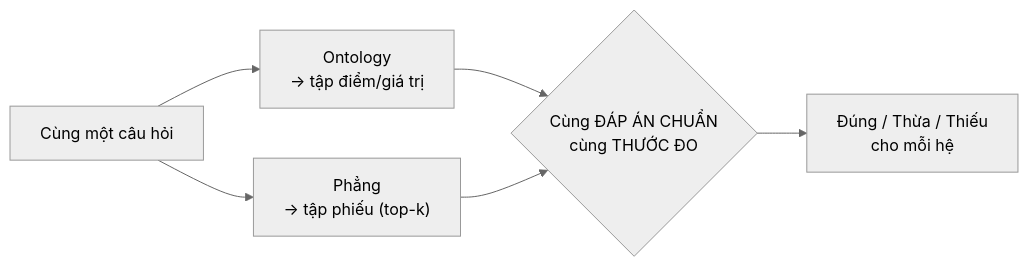
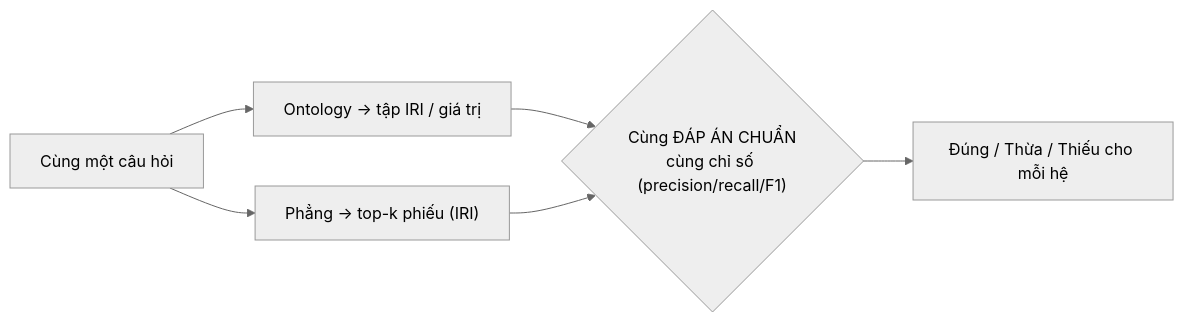
Before and after one commit to vpthinh19/ontology-chatbot: the ninth of 10 diagrams in docs/CONCEPT.md, drawn with Mermaid (neutral theme). The commit also changed other lines of this file, not shown here.

````diff
--- a/docs/CONCEPT.md
+++ b/docs/CONCEPT.md
@@ -424,8 +361,8 @@
 ```mermaid
 flowchart LR
-    QS["Cùng một câu hỏi"] --> ONT["Ontology<br/>→ tập điểm/giá trị"]
-    QS --> FLAT["Phẳng<br/>→ tập phiếu (top-k)"]
-    ONT --> G{"Cùng ĐÁP ÁN CHUẨN<br/>cùng THƯỚC ĐO"}
+    QS["Cùng một câu hỏi"] --> ONT["Ontology → tập IRI / giá trị"]
+    QS --> FLAT["Phẳng → top-k phiếu (IRI)"]
+    ONT --> G{"Cùng ĐÁP ÁN CHUẨN<br/>cùng chỉ số (precision/recall/F1)"}
     FLAT --> G
-    G --> V["Đúng / Thừa / Thiếu<br/>cho mỗi hệ"]
+    G --> V["Đúng / Thừa / Thiếu cho mỗi hệ"]
 ```
````
